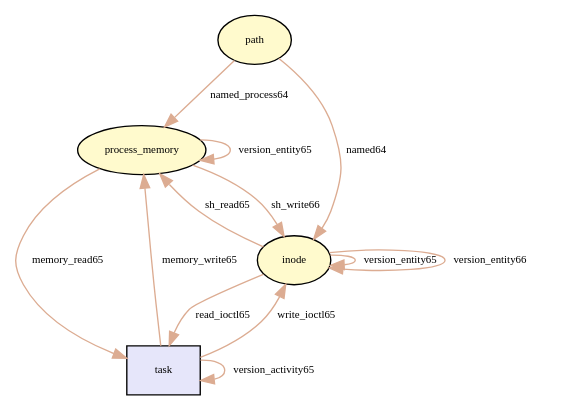
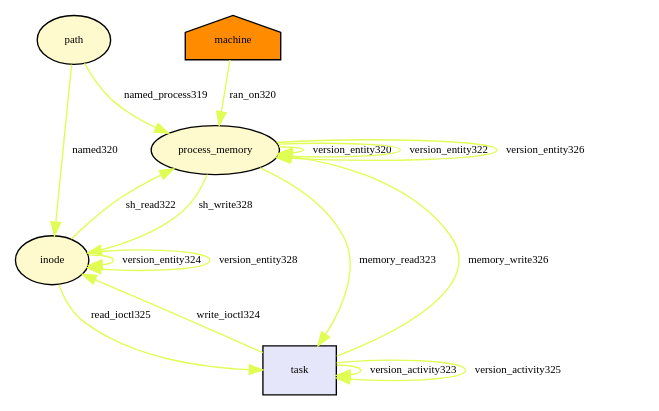
One commit to TinkerBellSystem/graph-matching changed the diagram in tmp/provenance_file_ioctl.dot. Above: the diagram before and after it, drawn with Graphviz. The commit also changed 76 other files, not shown here.

```diff
--- a/tmp/provenance_file_ioctl.dot
+++ b/tmp/provenance_file_ioctl.dot
@@ -1,33 +1,43 @@
 digraph RGL__DirectedAdjacencyGraph {path[fontsize = 8,label = "path",shape = ellipse, fillcolor="#fffacd", style = filled]
 
 process_memory[fontsize = 8,label = "process_memory",shape = ellipse, fillcolor="#fffacd", style = filled]
 
-path -> process_memory[fontsize = 8,label = "named_process64", color="#dcac92"]
+path -> process_memory[fontsize = 8,label = "named_process319", color="#e0fd54"]
+
+process_memory -> process_memory[fontsize = 8,label = "version_entity320", color="#e0fd54"]
+
+machine[fontsize = 8,label = "machine",shape = house, fillcolor="#ff8c00", style = filled]
+
+machine -> process_memory[fontsize = 8,label = "ran_on320", color="#e0fd54"]
 
 inode[fontsize = 8,label = "inode",shape = ellipse, fillcolor="#fffacd", style = filled]
 
-path -> inode[fontsize = 8,label = "named64", color="#dcac92"]
+path -> inode[fontsize = 8,label = "named320", color="#e0fd54"]
 
-process_memory -> process_memory[fontsize = 8,label = "version_entity65", color="#dcac92"]
+process_memory -> process_memory[fontsize = 8,label = "version_entity322", color="#e0fd54"]
 
-inode -> process_memory[fontsize = 8,label = "sh_read65", color="#dcac92"]
+inode -> process_memory[fontsize = 8,label = "sh_read322", color="#e0fd54"]
 
 task[fontsize = 8,label = "task",shape = rectangle, fillcolor="#e6e6fa", style = filled]
 
-task -> task[fontsize = 8,label = "version_activity65", color="#dcac92"]
+task -> task[fontsize = 8,label = "version_activity323", color="#e0fd54"]
 
-process_memory -> task[fontsize = 8,label = "memory_read65", color="#dcac92"]
+process_memory -> task[fontsize = 8,label = "memory_read323", color="#e0fd54"]
 
-inode -> inode[fontsize = 8,label = "version_entity65", color="#dcac92"]
+inode -> inode[fontsize = 8,label = "version_entity324", color="#e0fd54"]
 
-task -> inode[fontsize = 8,label = "write_ioctl65", color="#dcac92"]
+task -> inode[fontsize = 8,label = "write_ioctl324", color="#e0fd54"]
 
-inode -> task[fontsize = 8,label = "read_ioctl65", color="#dcac92"]
+task -> task[fontsize = 8,label = "version_activity325", color="#e0fd54"]
 
-task -> process_memory[fontsize = 8,label = "memory_write65", color="#dcac92"]
+inode -> task[fontsize = 8,label = "read_ioctl325", color="#e0fd54"]
 
-inode -> inode[fontsize = 8,label = "version_entity66", color="#dcac92"]
+process_memory -> process_memory[fontsize = 8,label = "version_entity326", color="#e0fd54"]
 
-process_memory -> inode[fontsize = 8,label = "sh_write66", color="#dcac92"]
+task -> process_memory[fontsize = 8,label = "memory_write326", color="#e0fd54"]
+
+inode -> inode[fontsize = 8,label = "version_entity328", color="#e0fd54"]
+
+process_memory -> inode[fontsize = 8,label = "sh_write328", color="#e0fd54"]
 
 }
```
